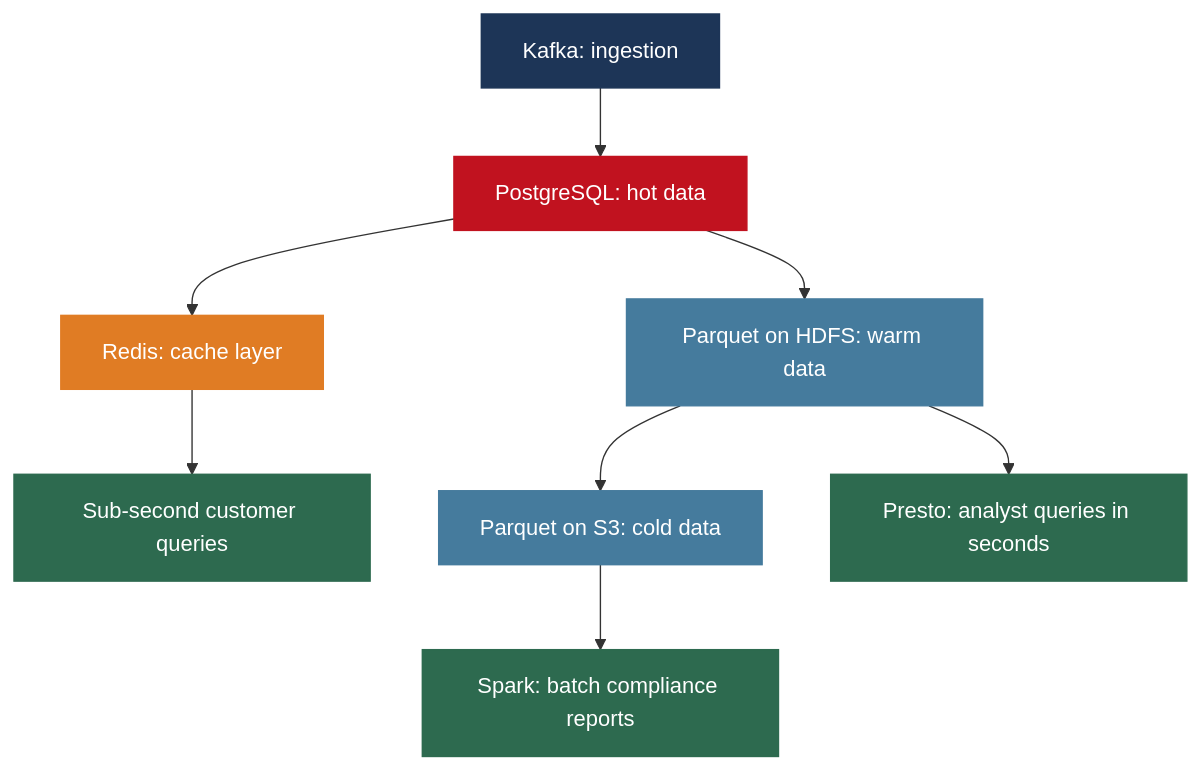
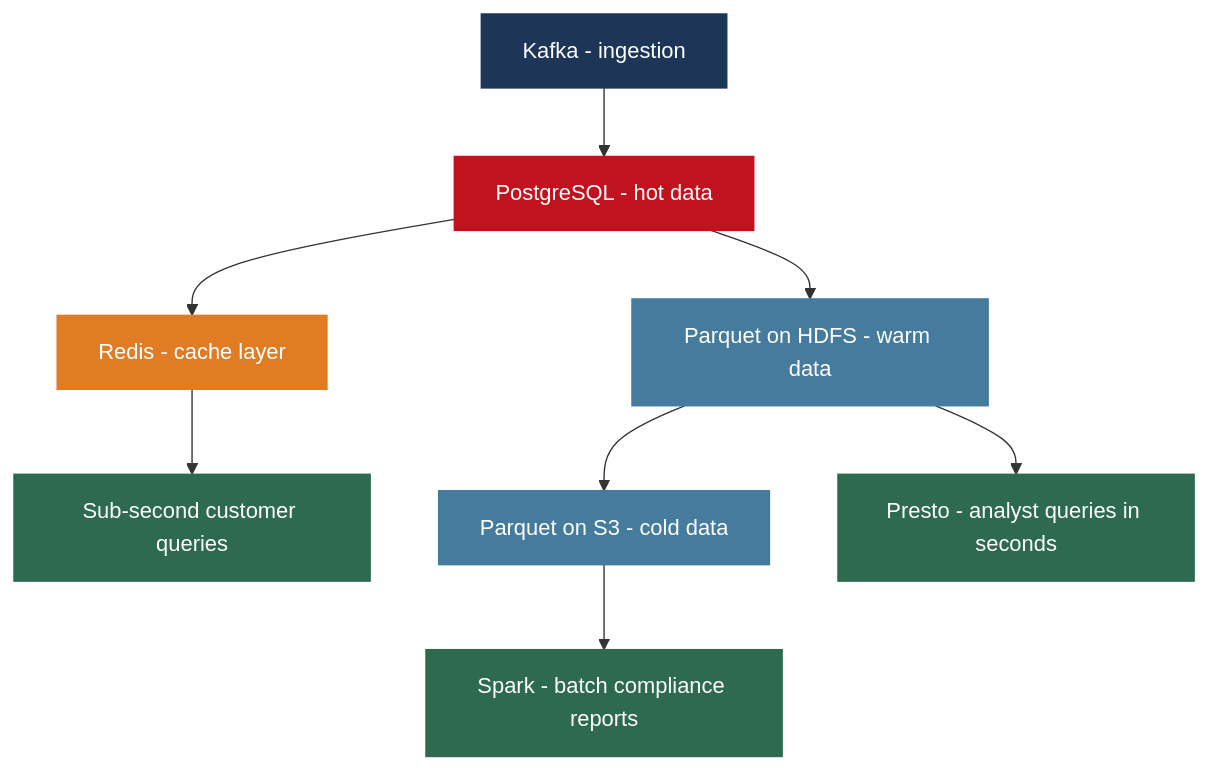
Diagram 15 of 16 in Week3/Lecture3_Partitioning_Sharding_Caching_QueryOpt.md (MuhammadTahaNasir/Big-Data-Analytics-Notes), drawn with Mermaid before and after one commit. The commit also changed other lines of this file, not shown here.

First line of the commit message:
Add Week 3 Lecture notes on data management techniques

````diff
--- a/Week3/Lecture3_Partitioning_Sharding_Caching_QueryOpt.md
+++ b/Week3/Lecture3_Partitioning_Sharding_Caching_QueryOpt.md
@@ -585,20 +585,20 @@
 ```mermaid
 flowchart TD
-    KAFKA[Kafka: ingestion] --> PG[PostgreSQL: hot data]
-    PG --> REDIS2[Redis: cache layer]
-    PG --> HDFS[Parquet on HDFS: warm data]
-    HDFS --> S3F[Parquet on S3: cold data]
+    KAFKA[Kafka - ingestion] --> PG[PostgreSQL - hot data]
+    PG --> REDIS2[Redis - cache layer]
+    PG --> HDFS[Parquet on HDFS - warm data]
+    HDFS --> S3F[Parquet on S3 - cold data]
 
     REDIS2 --> Q1[Sub-second customer queries]
-    HDFS --> Q2[Presto: analyst queries in seconds]
-    S3F --> Q3[Spark: batch compliance reports]
+    HDFS --> Q2[Presto - analyst queries in seconds]
+    S3F --> Q3[Spark - batch compliance reports]
 
     style KAFKA fill:#1d3557,color:#fff,stroke:#1d3557
     style PG fill:#c1121f,color:#fff,stroke:#c1121f
     style REDIS2 fill:#e07c24,color:#fff,stroke:#e07c24
     style HDFS fill:#457b9d,color:#fff,stroke:#457b9d
     style S3F fill:#457b9d,color:#fff,stroke:#457b9d
     style Q1 fill:#2d6a4f,color:#fff,stroke:#2d6a4f
     style Q2 fill:#2d6a4f,color:#fff,stroke:#2d6a4f
     style Q3 fill:#2d6a4f,color:#fff,stroke:#2d6a4f
 ```
````
